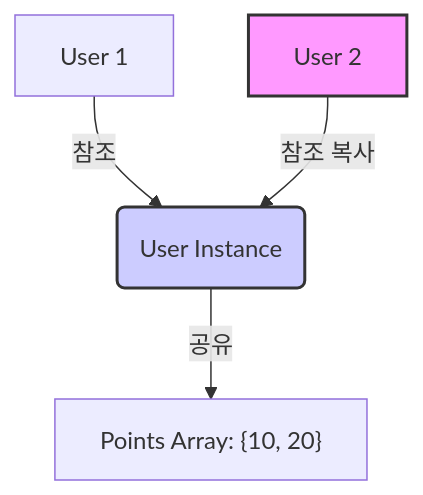
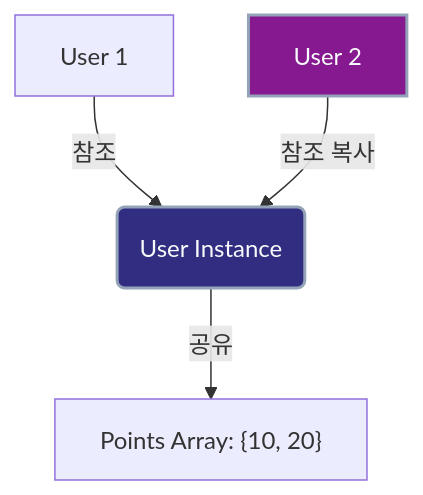
The second of 3 diagrams in _posts/java/03-memory-management/2026-01-01-얕은-복사(shallow-copy)와-깊은-복사(deep-copy).md (Kang-Hyesung/kang-hyesung.github.io), drawn with Mermaid before and after one commit. The commit also changed other lines of this file and 74 other files, not shown here.

Commit message:
docs: update post visibility and mermaid colors

````diff
--- a/_posts/java/03-memory-management/2026-01-01-얕은-복사(shallow-copy)와-깊은-복사(deep-copy).md
+++ b/_posts/java/03-memory-management/2026-01-01-얕은-복사(shallow-copy)와-깊은-복사(deep-copy).md
@@ -48,11 +48,11 @@
 ```mermaid
 graph TD
     Ref1[User 1] -->|참조| Instance(User Instance)
     Ref2[User 2] -->|참조 복사| Instance
     
     Instance -->|공유| Data["Points Array: {10, 20}"]
     
-    style Ref2 fill:#f9f,stroke:#333,stroke-width:2px
-    style Instance fill:#ccf,stroke:#333,stroke-width:2px
+    style Ref2 fill:#86198f,stroke:#94a3b8,stroke-width:2px,color:#f8fafc
+    style Instance fill:#312e81,stroke:#94a3b8,stroke-width:2px,color:#f8fafc
 
 ```
````
